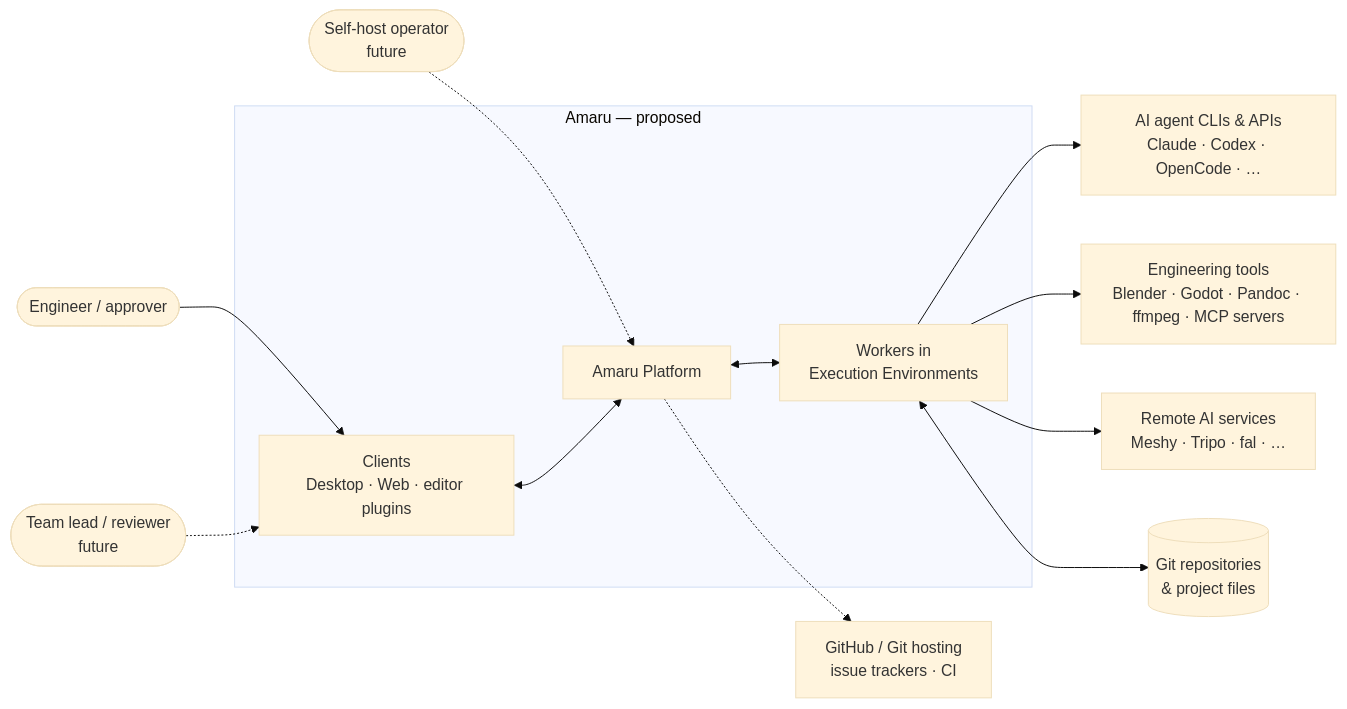
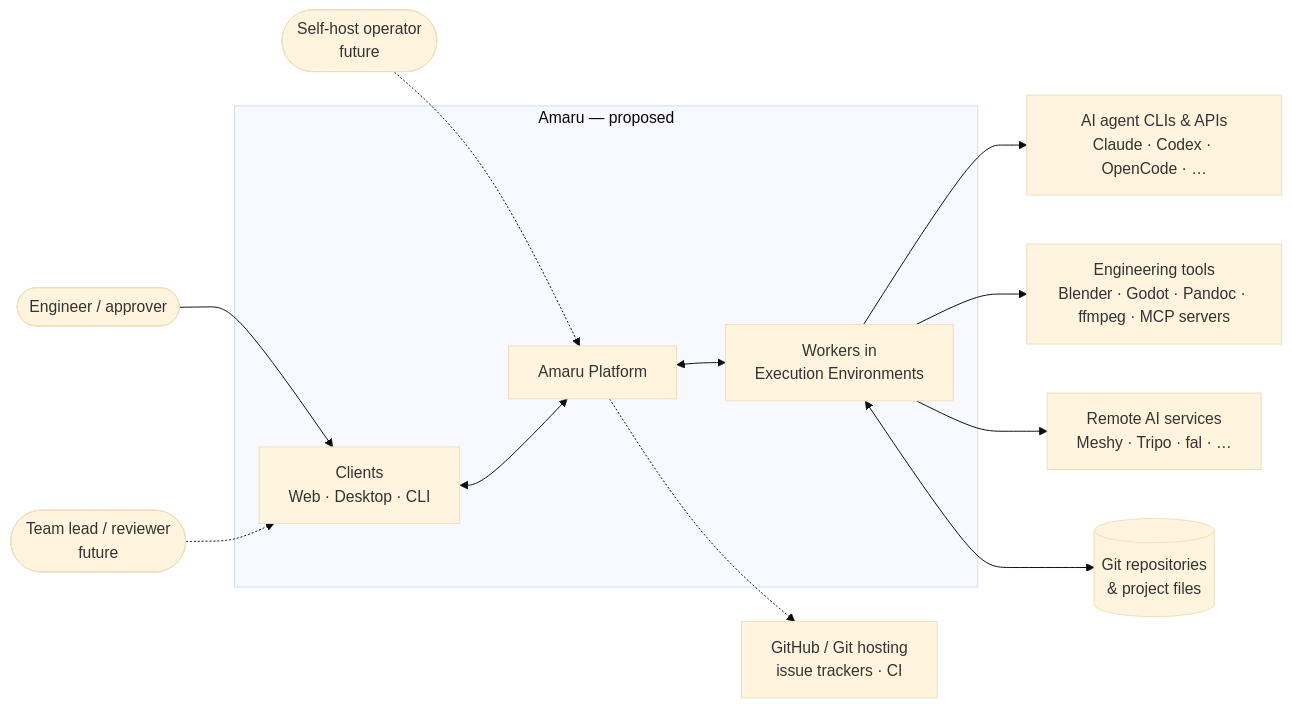
Before and after one commit to rluders/amaru: the first of 7 diagrams in docs/architecture/ARCHITECTURE.md, drawn with Mermaid (base theme). The commit also changed other lines of this file and 68 other files, not shown here.

````diff
--- a/docs/architecture/ARCHITECTURE.md
+++ b/docs/architecture/ARCHITECTURE.md
@@ -22,29 +38,29 @@
 ```mermaid
 flowchart LR
     eng([Engineer / approver])
     lead([Team lead / reviewer<br/>future])
     op([Self-host operator<br/>future])
 
     subgraph amaru [Amaru — proposed]
-        clients[Clients<br/>Desktop · Web · editor plugins]
+        clients[Clients<br/>Web · Desktop · CLI]
         platform[Amaru Platform]
         workers[Workers in<br/>Execution Environments]
     end
 
     git[(Git repositories<br/>& project files)]
     forge[GitHub / Git hosting<br/>issue trackers · CI]
     agents[AI agent CLIs & APIs<br/>Claude · Codex · OpenCode · …]
     tools[Engineering tools<br/>Blender · Godot · Pandoc · ffmpeg · MCP servers]
     remote[Remote AI services<br/>Meshy · Tripo · fal · …]
 
     eng --> clients
     lead -.-> clients
     op -.-> platform
     clients <--> platform
     platform <--> workers
     workers --> agents
     workers --> tools
     workers --> remote
     workers <--> git
     platform -.-> forge
 ```
````
